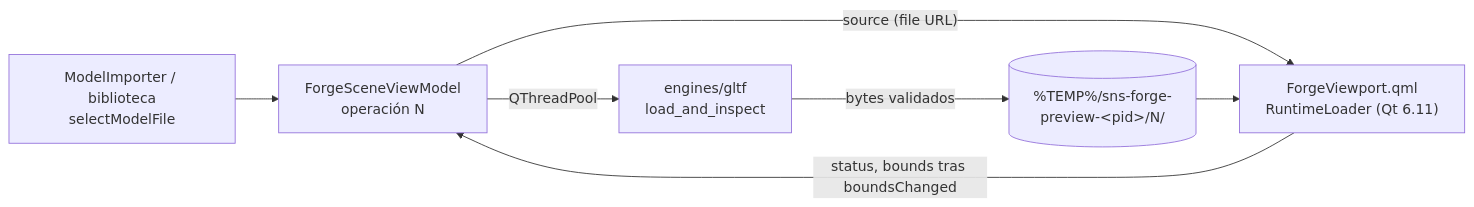
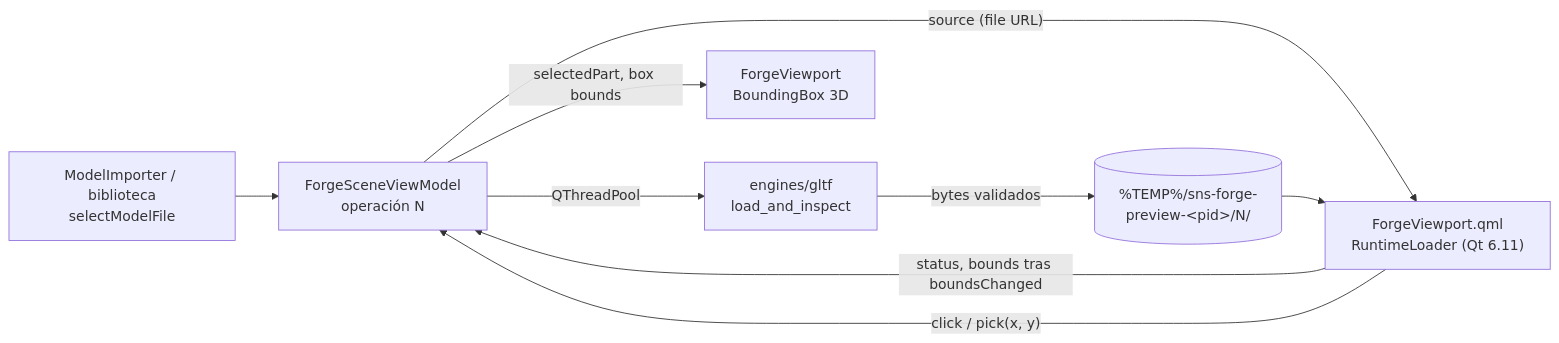
The second of 2 diagrams in docs/ARCHITECTURE.md (AnotatoDrako4/SkyrimNpcStudio), drawn with Mermaid before and after one commit. The commit also changed other lines of this file and 22 other files, not shown here.

Commit message:
feat(character-forge): add multi-part inspection, 3D selection box, and self-contained dist packaging

````diff
--- a/docs/ARCHITECTURE.md
+++ b/docs/ARCHITECTURE.md
@@ -47,9 +47,11 @@
 ```mermaid
 flowchart LR
   SEL["ModelImporter / biblioteca<br/>selectModelFile"] --> VM["ForgeSceneViewModel<br/>operación N"]
   VM -- "QThreadPool" --> VAL["engines/gltf<br/>load_and_inspect"]
   VAL -- "bytes validados" --> STG[("%TEMP%/sns-forge-preview-&lt;pid&gt;/N/")]
   VM -- "source (file URL)" --> RL["ForgeViewport.qml<br/>RuntimeLoader (Qt 6.11)"]
   STG --> RL
   RL -- "status, bounds tras boundsChanged" --> VM
+  RL -- "click / pick(x, y)" --> VM
+  VM -- "selectedPart, box bounds" --> BOX["ForgeViewport<br/>BoundingBox 3D"]
 ```
````
